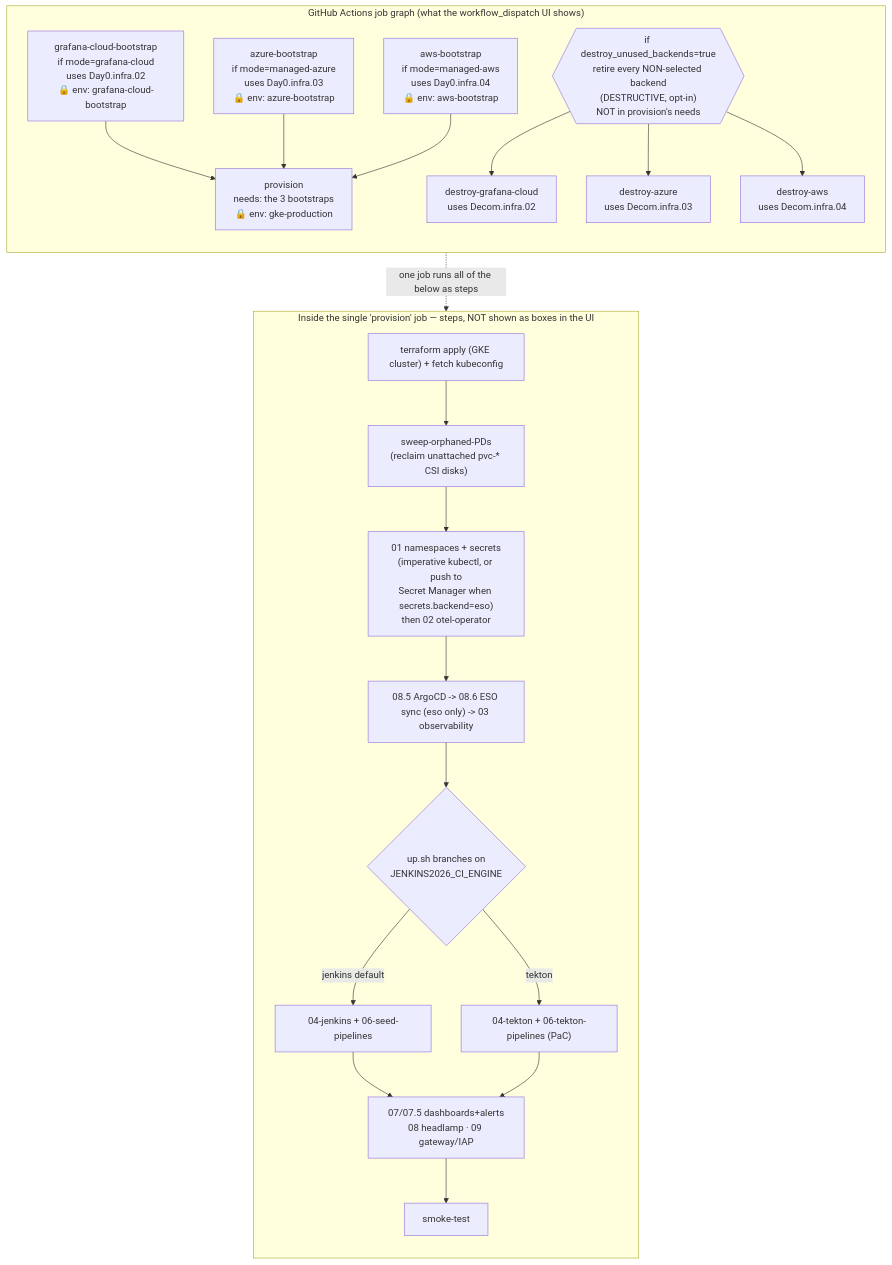
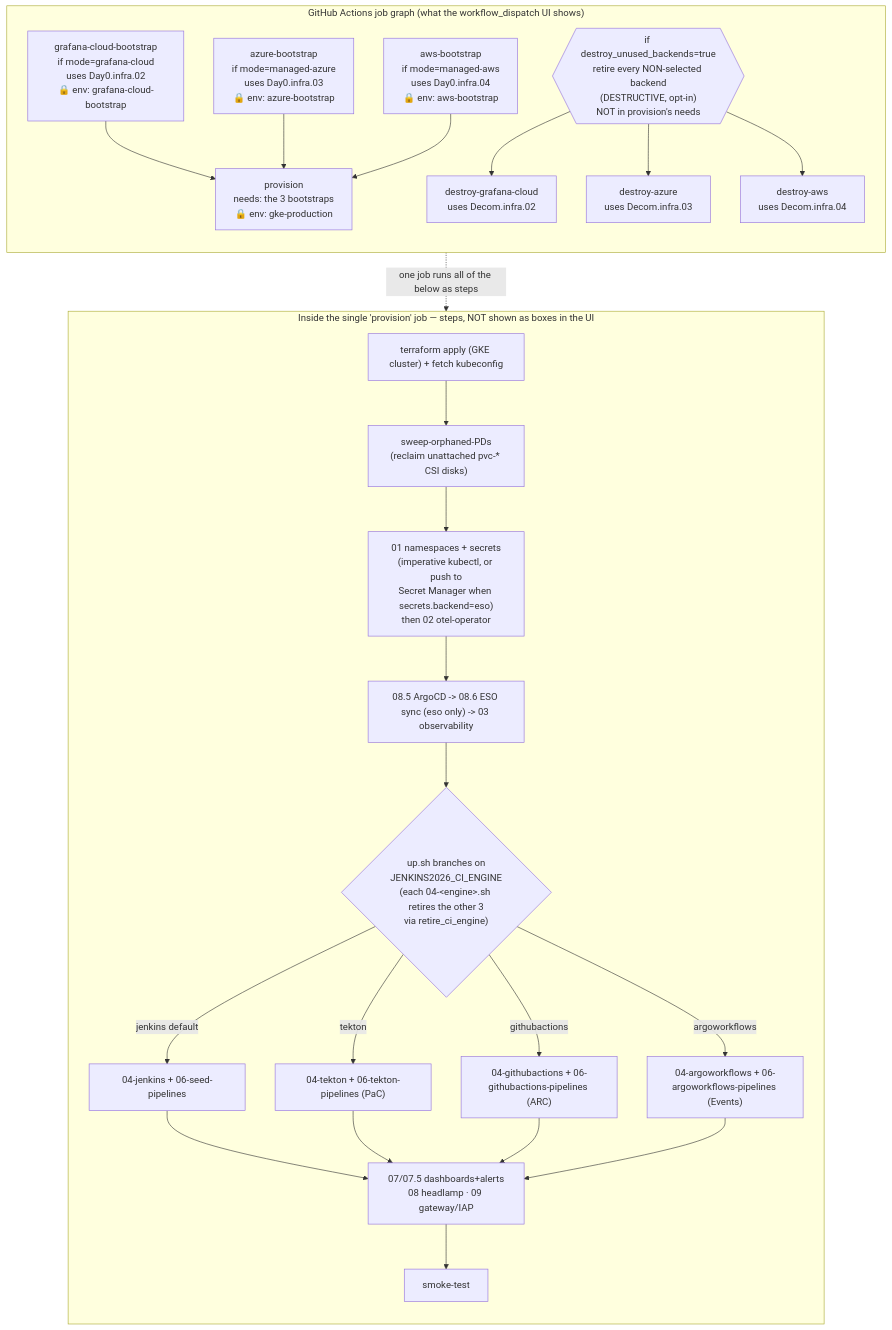
Before and after one commit to nubenetes/jenkins-2026: the ninth of 10 diagrams in docs/101-GITHUB_ACTIONS_WORKFLOWS.md, drawn with Mermaid. The commit also changed other lines of this file and 28 other files, not shown here.

````diff
--- a/docs/101-GITHUB_ACTIONS_WORKFLOWS.md
+++ b/docs/101-GITHUB_ACTIONS_WORKFLOWS.md
@@ -808,42 +809,48 @@
 ```mermaid
 flowchart TD
     subgraph JOBS["GitHub Actions job graph (what the workflow_dispatch UI shows)"]
         direction TB
         B1["grafana-cloud-bootstrap<br/>if mode=grafana-cloud<br/>uses Day0.infra.02<br/>🔒 env: grafana-cloud-bootstrap"]
         B2["azure-bootstrap<br/>if mode=managed-azure<br/>uses Day0.infra.03<br/>🔒 env: azure-bootstrap"]
         B3["aws-bootstrap<br/>if mode=managed-aws<br/>uses Day0.infra.04<br/>🔒 env: aws-bootstrap"]
         P["provision<br/>needs: the 3 bootstraps<br/>🔒 env: gke-production"]
         B1 --> P
         B2 --> P
         B3 --> P
 
         D1["destroy-grafana-cloud<br/>uses Decom.infra.02"]
         D2["destroy-azure<br/>uses Decom.infra.03"]
         D3["destroy-aws<br/>uses Decom.infra.04"]
         DEC{{"if destroy_unused_backends=true<br/>retire every NON-selected backend<br/>(DESTRUCTIVE, opt-in)<br/>NOT in provision's needs"}}
         DEC --> D1
         DEC --> D2
         DEC --> D3
     end
 
     subgraph INSIDE["Inside the single 'provision' job — steps, NOT shown as boxes in the UI"]
         direction TB
         TF["terraform apply (GKE cluster) + fetch kubeconfig"]
         PD["sweep-orphaned-PDs<br/>(reclaim unattached pvc-* CSI disks)"]
         NS["01 namespaces + secrets<br/>(imperative kubectl, or push to<br/>Secret Manager when secrets.backend=eso)<br/>then 02 otel-operator"]
         CD["08.5 ArgoCD -> 08.6 ESO sync (eso only) -> 03 observability"]
-        UP{"up.sh branches on<br/>JENKINS2026_CI_ENGINE"}
+        UP{"up.sh branches on<br/>JENKINS2026_CI_ENGINE<br/>(each 04-&lt;engine&gt;.sh retires the other 3<br/>via retire_ci_engine)"}
         JEN["04-jenkins + 06-seed-pipelines"]
         TEK["04-tekton + 06-tekton-pipelines (PaC)"]
+        GHA["04-githubactions + 06-githubactions-pipelines (ARC)"]
+        AWF["04-argoworkflows + 06-argoworkflows-pipelines (Events)"]
         REST["07/07.5 dashboards+alerts<br/>08 headlamp · 09 gateway/IAP"]
         SMOKE["smoke-test"]
         TF --> PD --> NS --> CD --> UP
         UP -->|jenkins default| JEN
         UP -->|tekton| TEK
+        UP -->|githubactions| GHA
+        UP -->|argoworkflows| AWF
         JEN --> REST
         TEK --> REST
+        GHA --> REST
+        AWF --> REST
         REST --> SMOKE
     end
 
     P -.->|"one job runs all of the below as steps"| INSIDE
 ```
````
